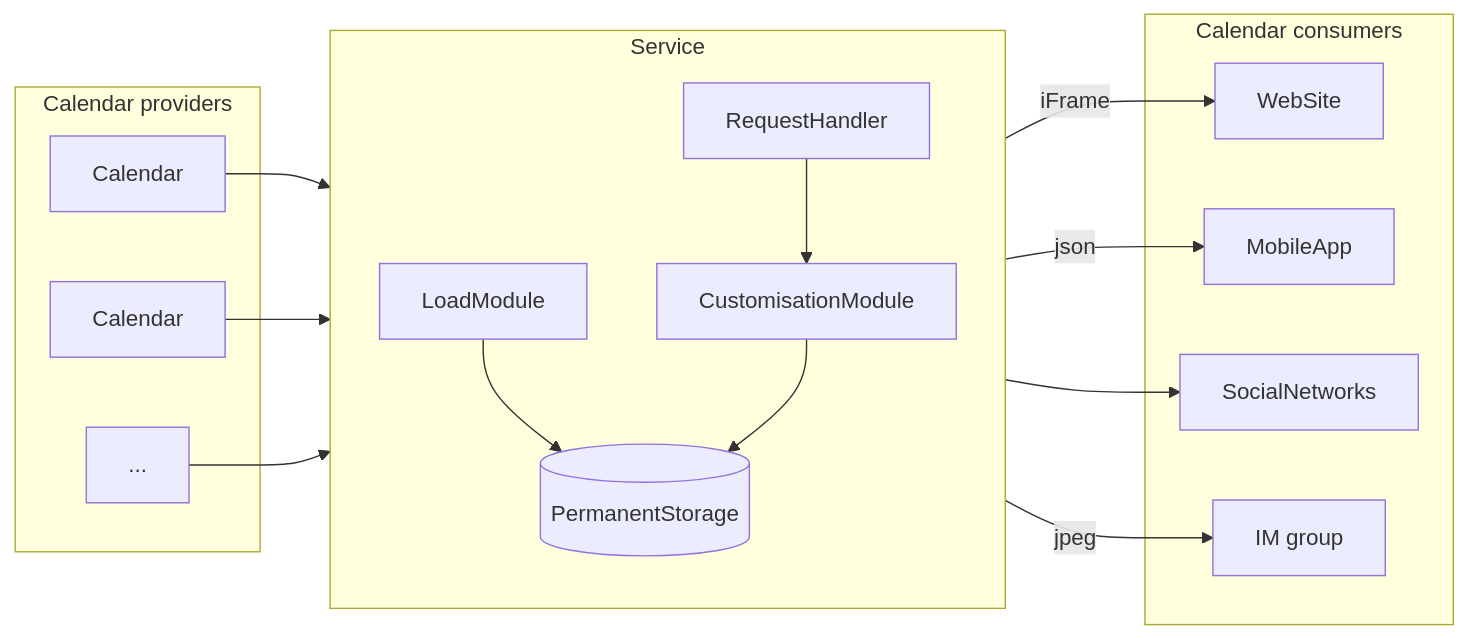
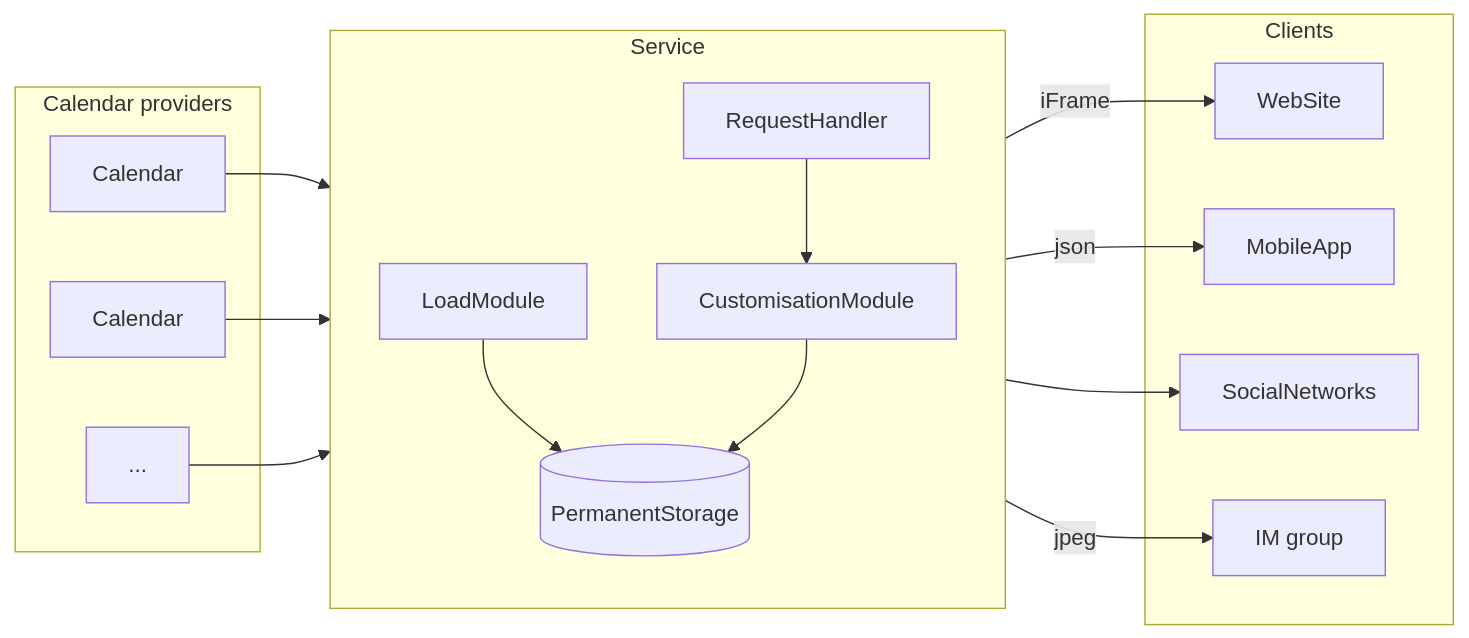
One commit to GHopperMSK/schedule-manager changed the second of 3 diagrams in README.md. Above: the diagram before and after it, drawn with Mermaid. The commit also changed other lines of this file, not shown here.

````diff
--- a/README.md
+++ b/README.md
@@ -82,23 +76,23 @@
 ```mermaid
 flowchart LR
     subgraph calendar_providers ["Calendar providers"]
         BS1[Calendar] & BS2[Calendar] & BSX[...]
     end
     subgraph service ["Service"]
         LM[LoadModule]
         CM[CustomisationModule]
         PS[(PermanentStorage)]
 
         LM[LoadModule] --> PS[(PermanentStorage)]
         CM[CustomisationModule] --> PS[(PermanentStorage)]
         RequestHandler[RequestHandler] --> CM[CustomisationModule]
     end
     BS1[Calendar] & BS2[Calendar] & BSX[...] --> service
-    subgraph calendar_customers ["Calendar consumers"]
+    subgraph calendar_customers ["Clients"]
         CL1[WebSite] & CL2[MobileApp] & CL3[SocialNetworks] &  CLX[IM group]
     end
     service --> |iFrame| CL1[WebSite]
     service --> |json| CL2[MobileApp]
     service --> CL3[SocialNetworks]
     service -->|jpeg| CLX[IM group]
 ```
````
